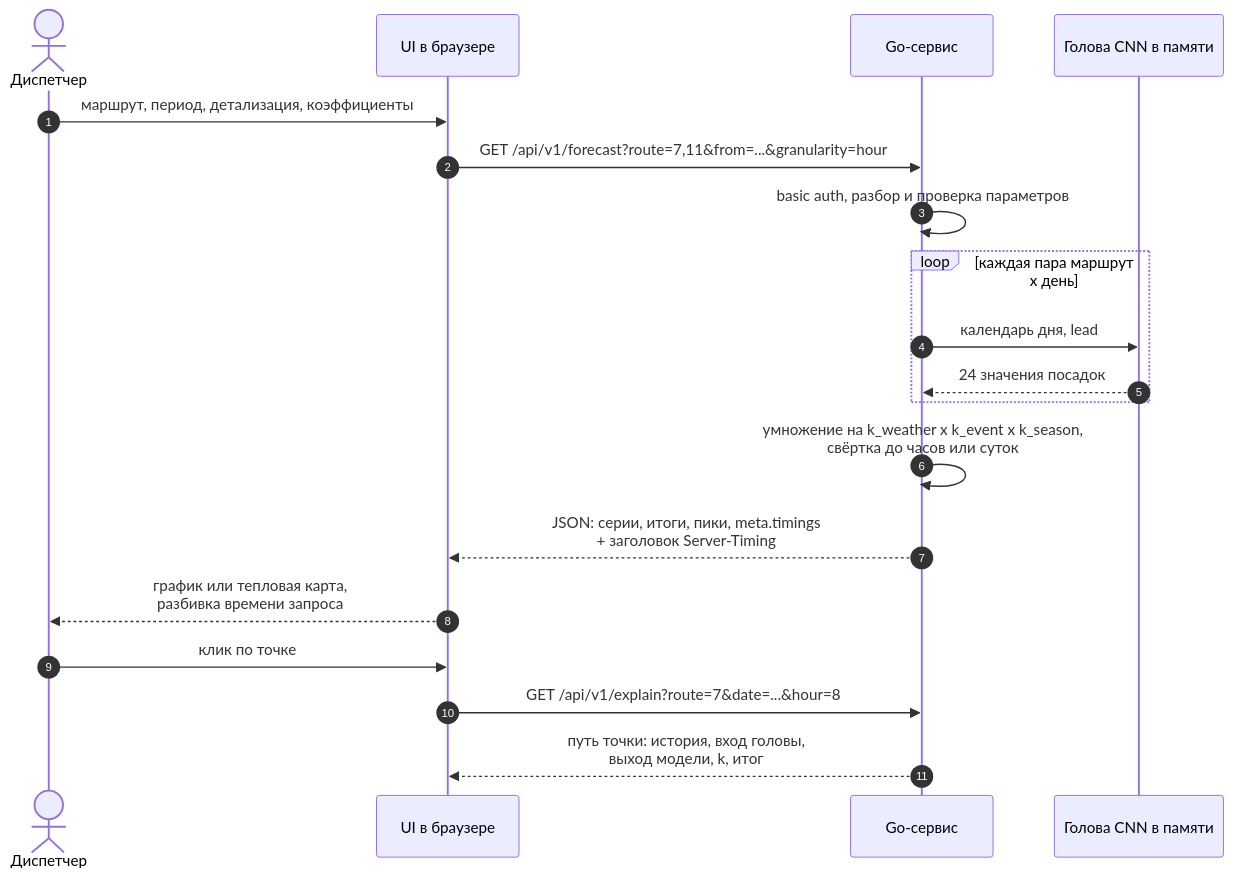
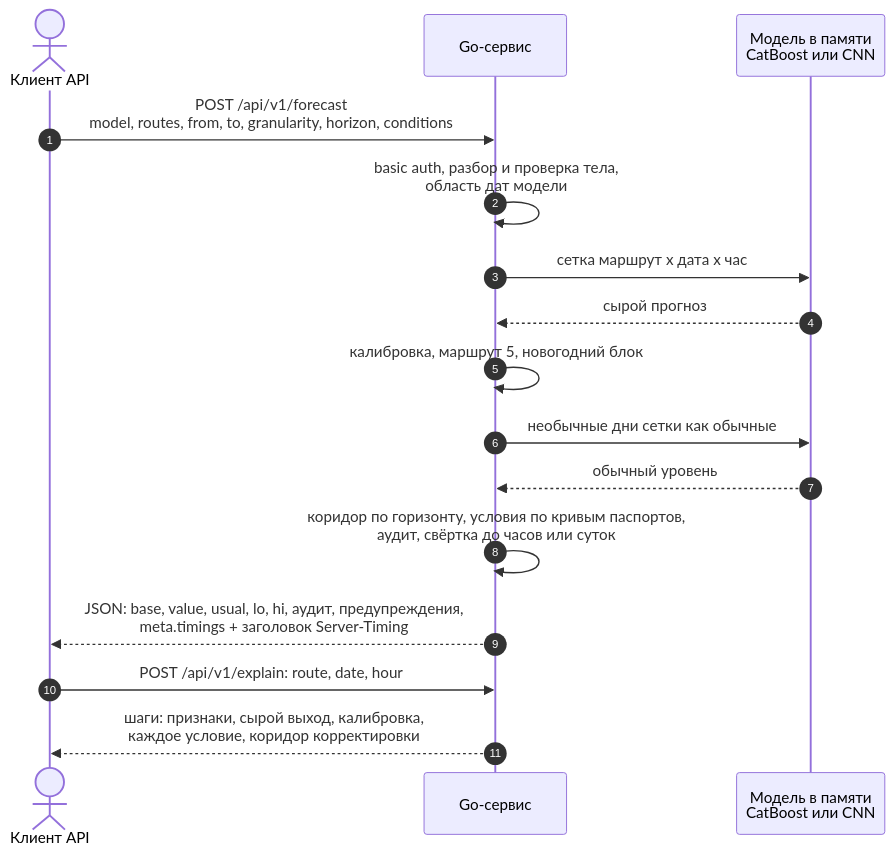
Before and after one commit to George573/trans_predicting: the diagram in final/docs/diagrams/request-sequence.mmd, drawn with Mermaid. The commit also changed 11 other files, not shown here.

Commit message:
docs: redrew the service diagrams for the two-model API

```diff
--- a/final/docs/diagrams/request-sequence.mmd
+++ b/final/docs/diagrams/request-sequence.mmd
@@ -1,19 +1,16 @@
 sequenceDiagram
     autonumber
-    actor U as Диспетчер
-    participant B as UI в браузере
+    actor U as Клиент API
     participant S as Go-сервис
-    participant M as Голова CNN в памяти
-    U->>B: маршрут, период, детализация, коэффициенты
-    B->>S: GET /api/v1/forecast?route=7,11&from=...&granularity=hour
-    S->>S: basic auth, разбор и проверка параметров
-    loop каждая пара маршрут x день
-        S->>M: календарь дня, lead
-        M-->>S: 24 значения посадок
-    end
-    S->>S: умножение на k_weather x k_event x k_season,<br/>свёртка до часов или суток
-    S-->>B: JSON: серии, итоги, пики, meta.timings<br/>+ заголовок Server-Timing
-    B-->>U: график или тепловая карта,<br/>разбивка времени запроса
-    U->>B: клик по точке
-    B->>S: GET /api/v1/explain?route=7&date=...&hour=8
-    S-->>B: путь точки: история, вход головы,<br/>выход модели, k, итог
+    participant M as Модель в памяти<br/>CatBoost или CNN
+    U->>S: POST /api/v1/forecast<br/>model, routes, from, to, granularity, horizon, conditions
+    S->>S: basic auth, разбор и проверка тела,<br/>область дат модели
+    S->>M: сетка маршрут x дата x час
+    M-->>S: сырой прогноз
+    S->>S: калибровка, маршрут 5, новогодний блок
+    S->>M: необычные дни сетки как обычные
+    M-->>S: обычный уровень
+    S->>S: коридор по горизонту, условия по кривым паспортов,<br/>аудит, свёртка до часов или суток
+    S-->>U: JSON: base, value, usual, lo, hi, аудит, предупреждения,<br/>meta.timings + заголовок Server-Timing
+    U->>S: POST /api/v1/explain: route, date, hour
+    S-->>U: шаги: признаки, сырой выход, калибровка,<br/>каждое условие, коридор корректировки
```
